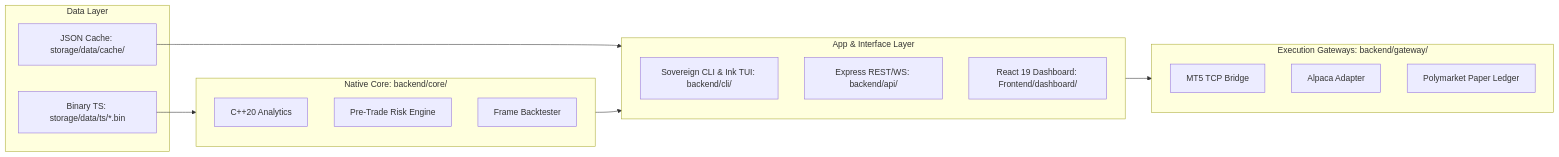
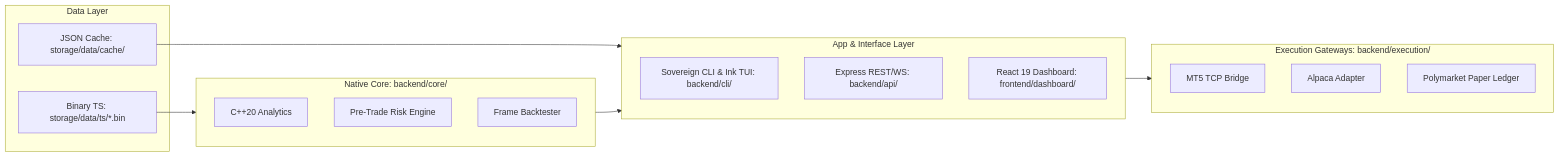
One commit to vgbn2/personal_finance_draft changed the second of 2 diagrams in docs/community/contributing.md. Above: the diagram before and after it, drawn with Mermaid. The commit also changed other lines of this file and 178 other files, not shown here.

````diff
--- a/docs/community/contributing.md
+++ b/docs/community/contributing.md
@@ -89,30 +89,30 @@
 ```mermaid
 flowchart LR
     subgraph Storage [Data Layer]
         TS[Binary TS: storage/data/ts/*.bin]
         JSONCache[JSON Cache: storage/data/cache/]
     end
 
     subgraph CoreEngine [Native Core: backend/core/]
         Analytics[C++20 Analytics]
         RiskEngine[Pre-Trade Risk Engine]
         BacktestCpp[Frame Backtester]
     end
 
     subgraph AppLayer [App & Interface Layer]
         CLI[Sovereign CLI & Ink TUI: backend/cli/]
         API[Express REST/WS: backend/api/]
-        UI[React 19 Dashboard: Frontend/dashboard/]
+        UI[React 19 Dashboard: frontend/dashboard/]
     end
 
-    subgraph Gateways [Execution Gateways: backend/gateway/]
+    subgraph Gateways [Execution Gateways: backend/execution/]
         AdapterMT5[MT5 TCP Bridge]
         AdapterAlpaca[Alpaca Adapter]
         AdapterPaper[Polymarket Paper Ledger]
     end
 
     TS --> CoreEngine
     JSONCache --> AppLayer
     CoreEngine --> AppLayer
     AppLayer --> Gateways
 ```
````
